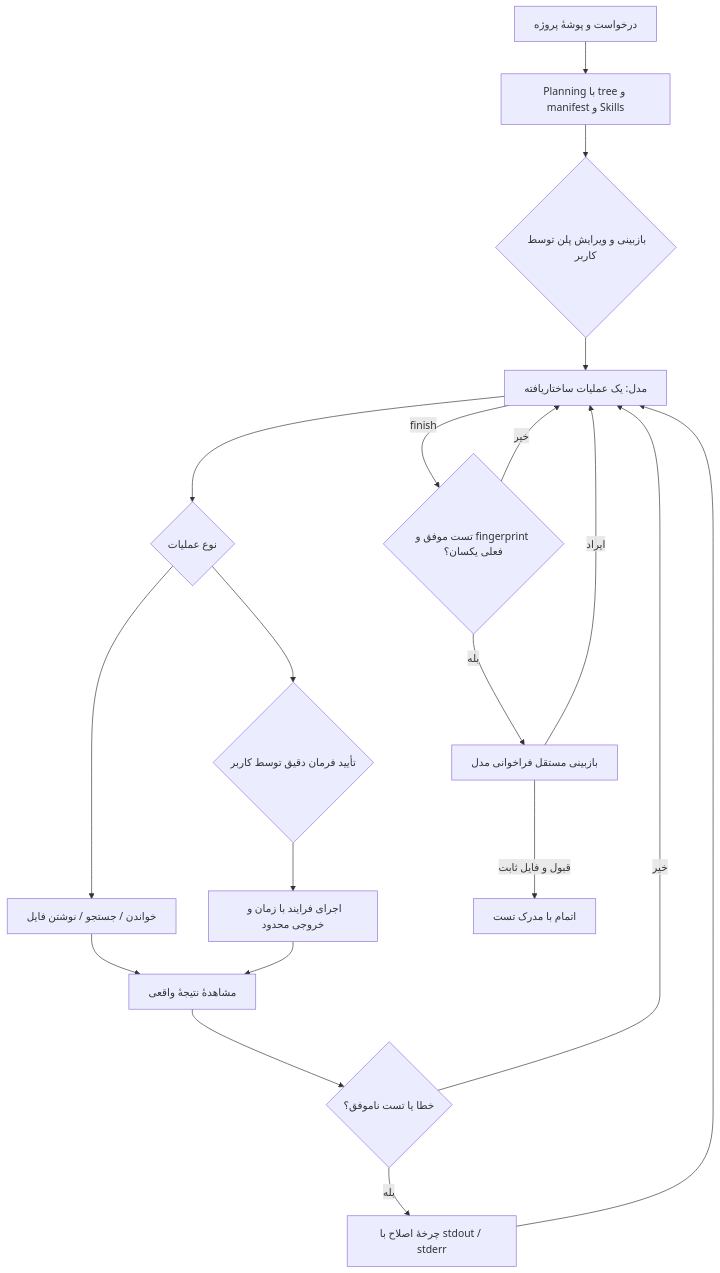
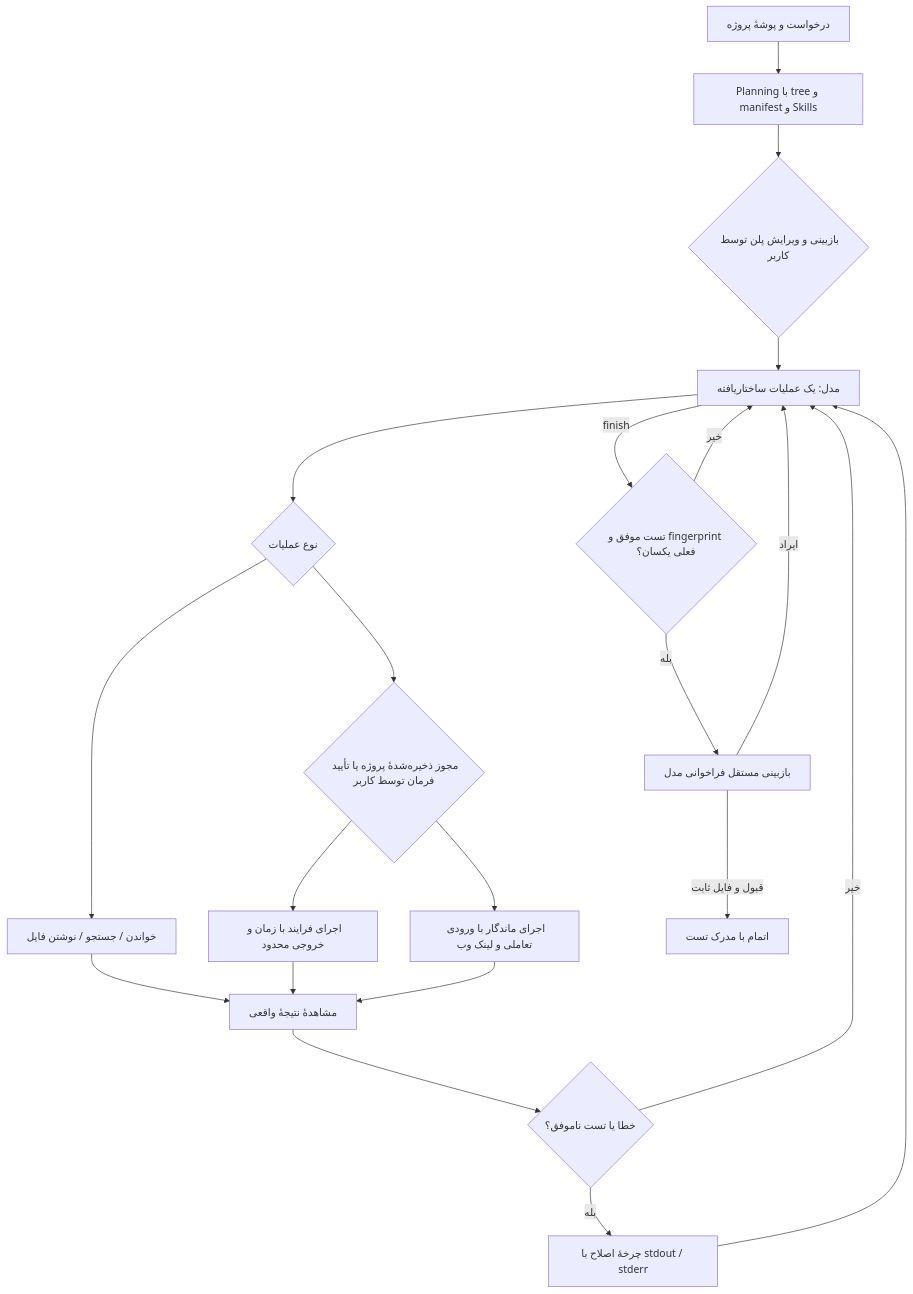
Before and after one commit to mohsenalipour/starcoach-final-milo-code: the diagram in ARCHITECTURE.md, drawn with Mermaid. The commit also changed other lines of this file and 24 other files, not shown here.

````diff
--- a/ARCHITECTURE.md
+++ b/ARCHITECTURE.md
@@ -9,21 +9,23 @@
 ```mermaid
 flowchart TD
   U[درخواست و پوشهٔ پروژه] --> P[Planning با tree و manifest و Skills]
   P --> HP{بازبینی و ویرایش پلن توسط کاربر}
   HP --> A[مدل: یک عملیات ساختاریافته]
   A --> T{نوع عملیات}
   T --> F[خواندن / جستجو / نوشتن فایل]
-  T --> H{تأیید فرمان دقیق توسط کاربر}
+  T --> H{مجوز ذخیره‌شدهٔ پروژه یا تأیید فرمان توسط کاربر}
   H --> C[اجرای فرایند با زمان و خروجی محدود]
+  H --> L[اجرای ماندگار با ورودی تعاملی و لینک وب]
   F --> O[مشاهدهٔ نتیجهٔ واقعی]
   C --> O
+  L --> O
   O --> E{خطا یا تست ناموفق؟}
   E -->|بله| X[چرخهٔ اصلاح با stdout / stderr]
   X --> A
   E -->|خیر| A
   A -->|finish| V{تست موفق و fingerprint فعلی یکسان؟}
   V -->|خیر| A
   V -->|بله| R[بازبینی مستقل فراخوانی مدل]
   R -->|ایراد| A
   R -->|قبول و فایل ثابت| D[اتمام با مدرک تست]
 ```
````
